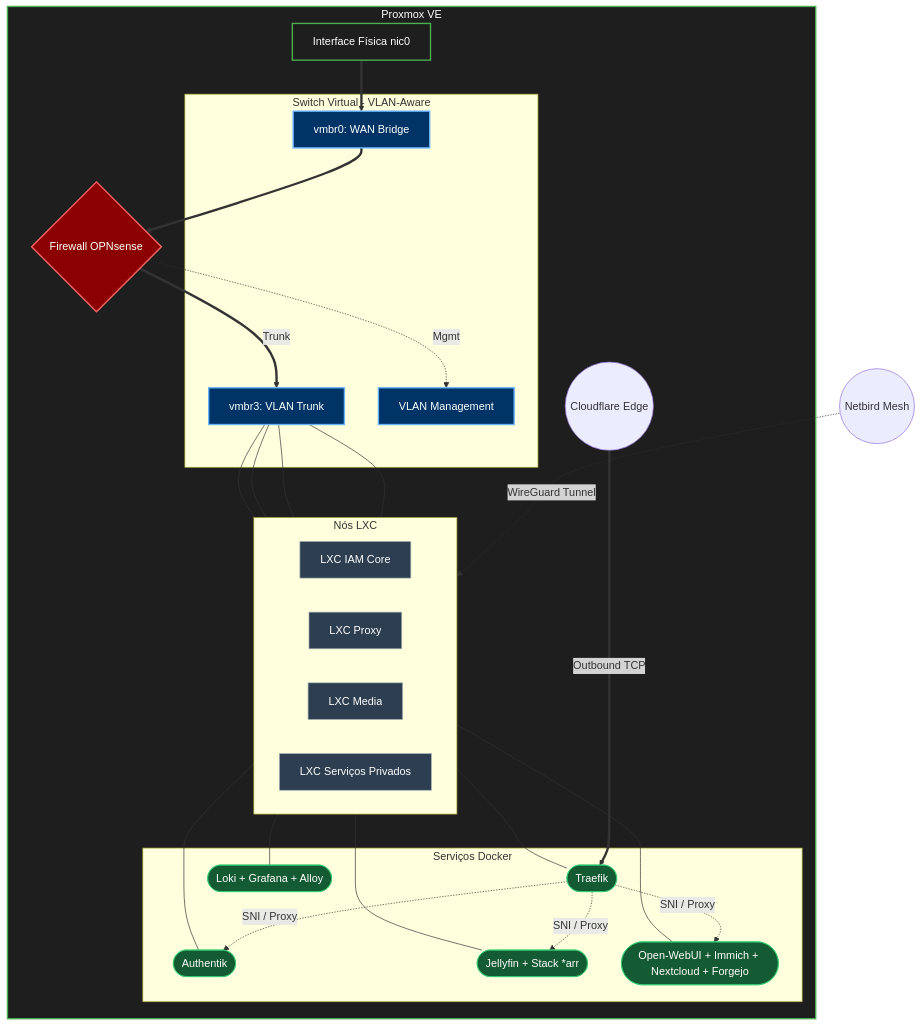
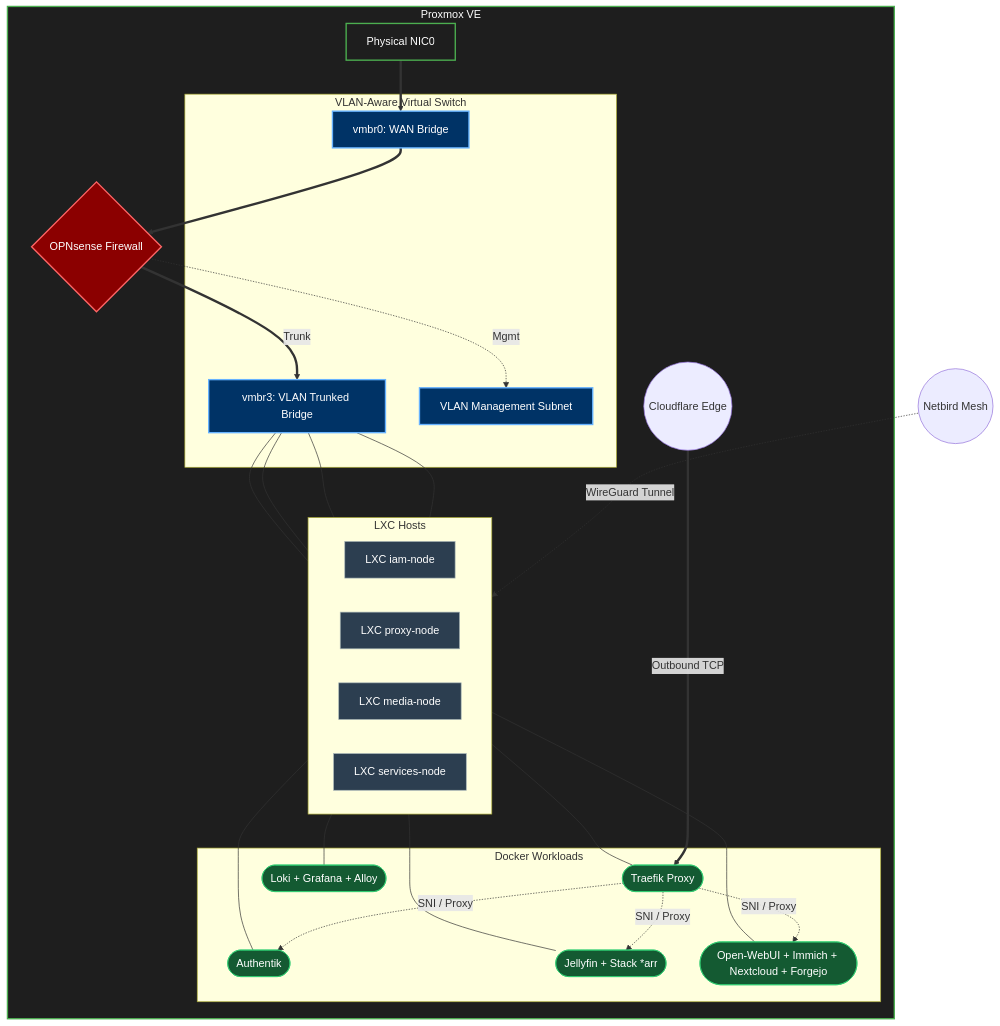
Before and after one commit to Bernard0S2003/homelab-site: the diagram in docs/infraestrutura.md, drawn with Mermaid. The commit also changed other lines of this file, not shown here.

````diff
--- a/docs/infraestrutura.md
+++ b/docs/infraestrutura.md
@@ -26,62 +26,62 @@
 ```mermaid
 flowchart TD
     classDef hardware fill:#1E1E1E,stroke:#4CAF50,stroke-width:2px,color:#fff
     classDef network fill:#003366,stroke:#66B2FF,stroke-width:2px,color:#fff
     classDef gateway fill:#8B0000,stroke:#FF6666,stroke-width:2px,color:#fff
     classDef lxc fill:#2C3E50,stroke:#AAB7B8,stroke-width:1px,color:#fff
     classDef svc fill:#145A32,stroke:#2ECC71,stroke-width:1px,color:#fff
 
     CloudflareEdge((Cloudflare Edge))
     NetbirdMesh((Netbird Mesh)) -. WireGuard Tunnel .-> Node2
 
     subgraph PROXMOX [Proxmox VE]
-        NIC0[Interface Física nic0]:::hardware
+        NIC0[Physical NIC0]:::hardware
         
-        subgraph V_SWITCH [Switch Virtual - VLAN-Aware]
+        subgraph V_SWITCH [VLAN-Aware Virtual Switch]
             VMBR0[vmbr0: WAN Bridge]:::network
-            VMBR3[vmbr3: VLAN Trunk]:::network
-            VMBR90[VLAN Management]:::network
+            VMBR3[vmbr3: VLAN Trunked Bridge]:::network
+            VMBR90[VLAN Management Subnet]:::network
         end
 
-        OPNSENSE{Firewall OPNsense}:::gateway
+        OPNSENSE{OPNsense Firewall}:::gateway
 
-        subgraph COMPUTE [Nós LXC]
+        subgraph COMPUTE [LXC Hosts]
             direction LR
-            Node1[LXC Proxy]:::lxc
-            Node2[LXC IAM Core]:::lxc
-            Node3[LXC Media]:::lxc
-            Node4[LXC Serviços Privados]:::lxc
+            Node1[LXC proxy-node]:::lxc
+            Node2[LXC iam-node]:::lxc
+            Node3[LXC media-node]:::lxc
+            Node4[LXC services-node]:::lxc
         end
 
-        subgraph WORKLOADS [Serviços Docker]
-            S_Traefik([Traefik]):::svc
+        subgraph WORKLOADS [Docker Workloads]
+            S_Traefik([Traefik Proxy]):::svc
             S_Auth([Authentik]):::svc
             S_Media([Jellyfin + Stack *arr]):::svc
             S_Vault([Open-WebUI + Immich + Nextcloud + Forgejo]):::svc
             S_SRE([Loki + Grafana + Alloy]):::svc
         end
 
         NIC0 ==> VMBR0
         VMBR0 ==> OPNSENSE
         OPNSENSE == Trunk ==> VMBR3
         OPNSENSE -. Mgmt .-> VMBR90
 
         VMBR3 --- Node1
         VMBR3 --- Node2
         VMBR3 --- Node3
         VMBR3 --- Node4
 
         Node1 --- S_Traefik
         Node2 --- S_Auth
         Node3 --- S_Media
         Node4 --- S_Vault
         Node4 --- S_SRE
         
         CloudflareEdge == "Outbound TCP" ===> S_Traefik
         S_Traefik -. SNI / Proxy .-> S_Auth
         S_Traefik -. SNI / Proxy .-> S_Media
         S_Traefik -. SNI / Proxy .-> S_Vault
     end
 
     class PROXMOX hardware
 ```
````
